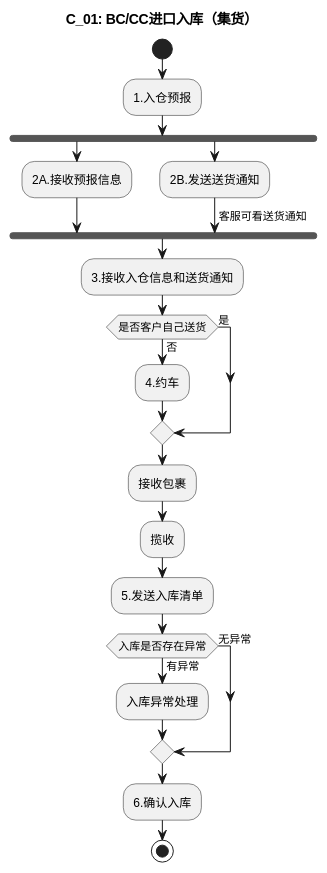
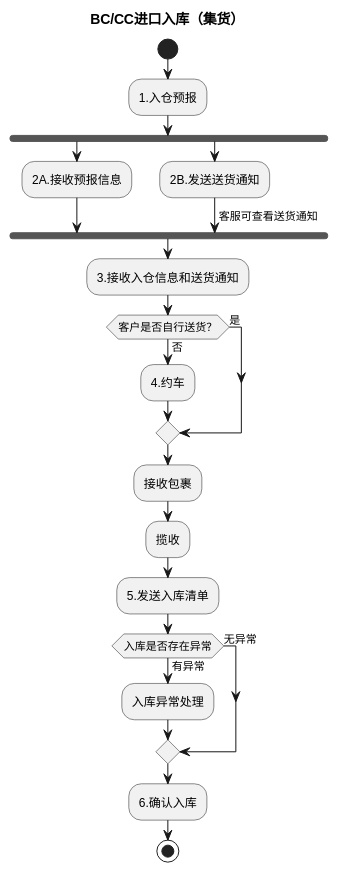
Before and after one commit to jack888332/projects-doc: the second of 6 diagrams in product-caliber/goldjet/segmented-prd/mainflow/PRD.高捷物流系统一期.主流程.05.跨境电商BC、个人物品CC进口详细流程.md, drawn with PlantUML. The commit also changed other lines of this file and 59 other files, not shown here.

````diff
--- a/product-caliber/goldjet/segmented-prd/mainflow/PRD.高捷物流系统一期.主流程.05.跨境电商BC、个人物品CC进口详细流程.md
+++ b/product-caliber/goldjet/segmented-prd/mainflow/PRD.高捷物流系统一期.主流程.05.跨境电商BC、个人物品CC进口详细流程.md
@@ -56,27 +43,27 @@
 ```plantuml
 @startuml
-title C_01: BC/CC进口入库（集货）
+title BC/CC进口入库（集货）
 start
 :1.入仓预报;
 fork
   :2A.接收预报信息;
 fork again
   :2B.发送送货通知;
-  -> 客服可看送货通知;
+  -> 客服可查看送货通知;
 end fork
 :3.接收入仓信息和送货通知;
-if (是否客户自己送货) then (是)
+if (客户是否自行送货？) then (是)
 else (否)
   :4.约车;
 endif
 :接收包裹;
 :揽收;
 :5.发送入库清单;
 if (入库是否存在异常) then (有异常)
   :入库异常处理;
 else (无异常)
 endif
 :6.确认入库;
 stop
 @enduml
 ```
````
